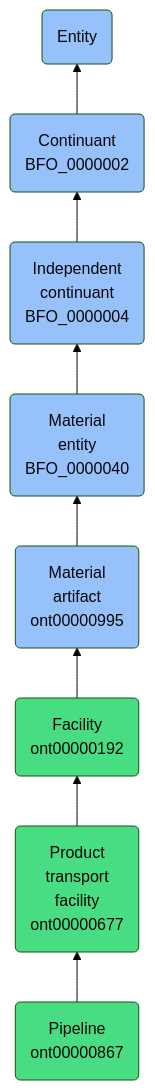
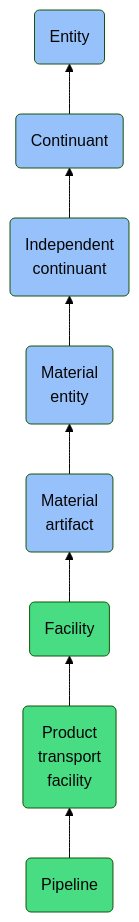
Before and after one commit to jupyter-naas/abi: the diagram in docs/ontology/reference/model/Entity/Continuant/Independent continuant/Material entity/Material artifact/Facility/Product transport facility/Pipeline/Pipeline.md, drawn with Mermaid (forest theme). The commit also changed other lines of this file and 1430 other files, not shown here.

````diff
--- a/docs/ontology/reference/model/Entity/Continuant/Independent continuant/Material entity/Material artifact/Facility/Product transport facility/Pipeline/Pipeline.md
+++ b/docs/ontology/reference/model/Entity/Continuant/Independent continuant/Material entity/Material artifact/Facility/Product transport facility/Pipeline/Pipeline.md
@@ -24,15 +24,15 @@
 ```mermaid
 graph BT
-    ont00000867(Pipeline<br>ont00000867):::ABI-->ont00000677
-    ont00000677(Product<br>transport<br>facility<br>ont00000677):::ABI-->ont00000192
-    ont00000192(Facility<br>ont00000192):::ABI-->ont00000995
-    ont00000995(Material<br>artifact<br>ont00000995):::BFO-->BFO_0000040
-    BFO_0000040(Material<br>entity<br>BFO_0000040):::BFO-->BFO_0000004
-    BFO_0000004(Independent<br>continuant<br>BFO_0000004):::BFO-->BFO_0000002
-    BFO_0000002(Continuant<br>BFO_0000002):::BFO-->BFO_0000001
+    ont00000867(Pipeline):::ABI-->ont00000677
+    ont00000677(Product<br>transport<br>facility):::ABI-->ont00000192
+    ont00000192(Facility):::ABI-->ont00000995
+    ont00000995(Material<br>artifact):::BFO-->BFO_0000040
+    BFO_0000040(Material<br>entity):::BFO-->BFO_0000004
+    BFO_0000004(Independent<br>continuant):::BFO-->BFO_0000002
+    BFO_0000002(Continuant):::BFO-->BFO_0000001
     BFO_0000001(Entity):::BFO
     
     classDef BFO fill:#97c1fb,color:#060606
     classDef CCO fill:#e4c51e,color:#060606
     classDef ABI fill:#48DD82,color:#060606
 ```
````
